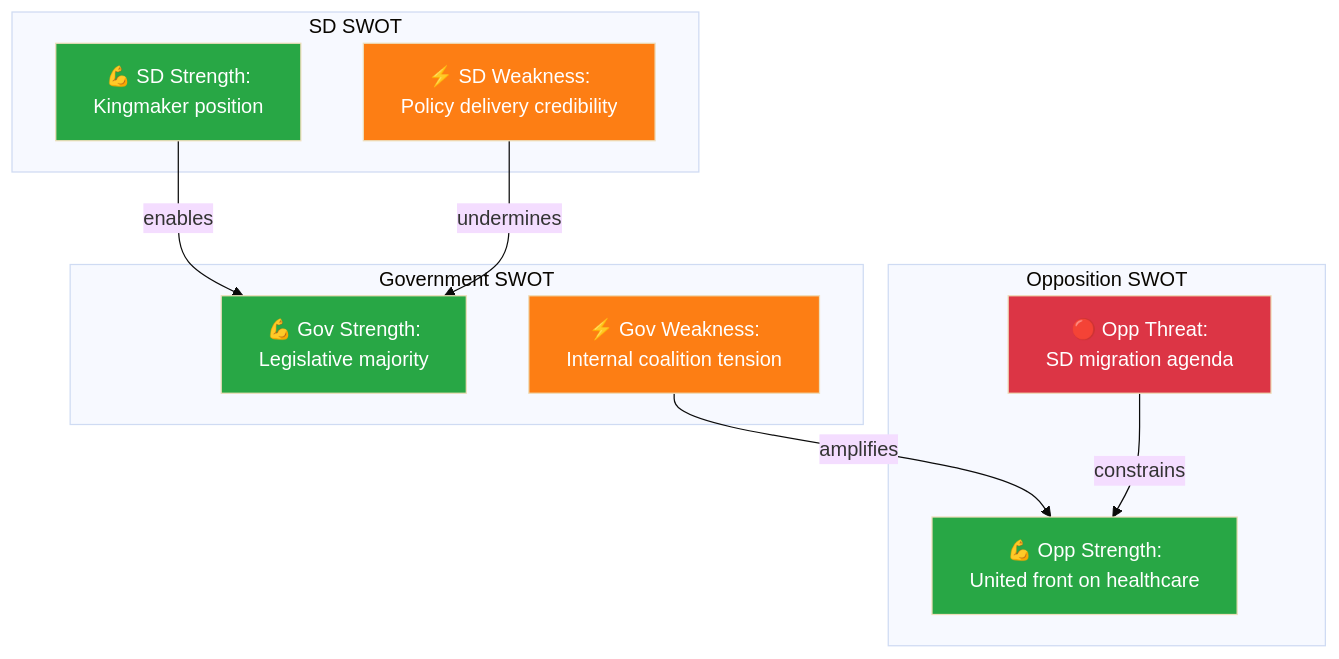
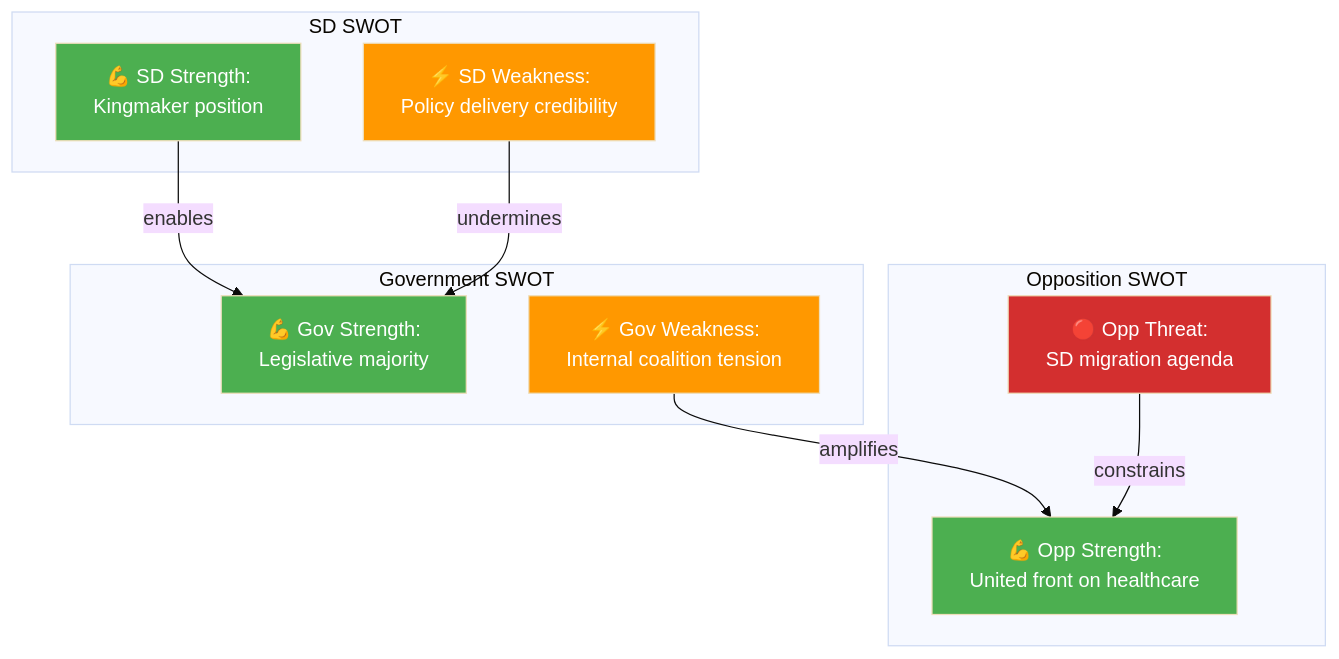
Before and after one commit to Hack23/riksdagsmonitor: the third of 9 diagrams in analysis/methodologies/political-swot-framework.md, drawn with Mermaid (base theme). The commit also changed other lines of this file and 14 other files, not shown here.

First line of the commit message:
Align analysis/ mermaid diagrams with ISMS Style Guide palette and convert SWOT to quadrantChart

````diff
--- a/analysis/methodologies/political-swot-framework.md
+++ b/analysis/methodologies/political-swot-framework.md
@@ -281,27 +281,27 @@
 ```mermaid
 graph TD
     subgraph "Government SWOT"
         GS["💪 Gov Strength:<br/>Legislative majority"]
         GW["⚡ Gov Weakness:<br/>Internal coalition tension"]
     end
     subgraph "Opposition SWOT"
         OS["💪 Opp Strength:<br/>United front on healthcare"]
         OT["🔴 Opp Threat:<br/>SD migration agenda"]
     end
     subgraph "SD SWOT"
         SS["💪 SD Strength:<br/>Kingmaker position"]
         SW["⚡ SD Weakness:<br/>Policy delivery credibility"]
     end
 
     GW -->|"amplifies"| OS
     SS -->|"enables"| GS
     SW -->|"undermines"| GS
     OT -->|"constrains"| OS
 
-    style GS fill:#28a745,color:#fff
-    style GW fill:#fd7e14,color:#fff
-    style OS fill:#28a745,color:#fff
-    style OT fill:#dc3545,color:#fff
-    style SS fill:#28a745,color:#fff
-    style SW fill:#fd7e14,color:#fff
+    style GS fill:#4CAF50,color:#FFFFFF
+    style GW fill:#FF9800,color:#FFFFFF
+    style OS fill:#4CAF50,color:#FFFFFF
+    style OT fill:#D32F2F,color:#FFFFFF
+    style SS fill:#4CAF50,color:#FFFFFF
+    style SW fill:#FF9800,color:#FFFFFF
 ```
````
